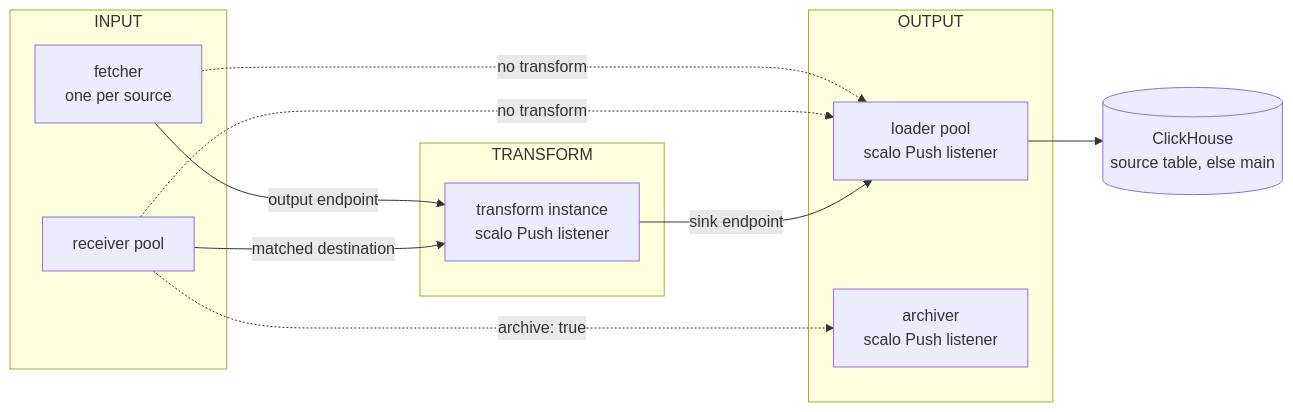
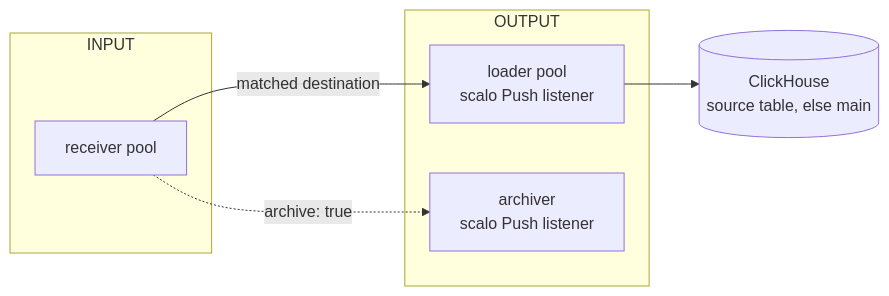
Before and after one commit to hyperi-io/dfe-engine: the second of 3 diagrams in docs/data-plane/source-flow.md, drawn with Mermaid. The commit also changed other lines of this file and 25 other files, not shown here.

First line of the commit message:
fix: refuse sources that need a per-source app on a gRPC deployment (#999)

````diff
--- a/docs/data-plane/source-flow.md
+++ b/docs/data-plane/source-flow.md
@@ -43,21 +43,13 @@
 ```mermaid
 flowchart LR
   subgraph INPUT
     R[receiver pool]
-    F[fetcher<br/>one per source]
-  end
-  subgraph TRANSFORM
-    T[transform instance<br/>scalo Push listener]
   end
   subgraph OUTPUT
     L[loader pool<br/>scalo Push listener]
     A[archiver<br/>scalo Push listener]
   end
-  R -->|matched destination| T
-  F -->|output endpoint| T
-  T -->|sink endpoint| L
-  R -.->|no transform| L
-  F -.->|no transform| L
+  R -->|matched destination| L
   R -.->|archive: true| A
   L --> CH[(ClickHouse<br/>source table, else main)]
 ```
````
